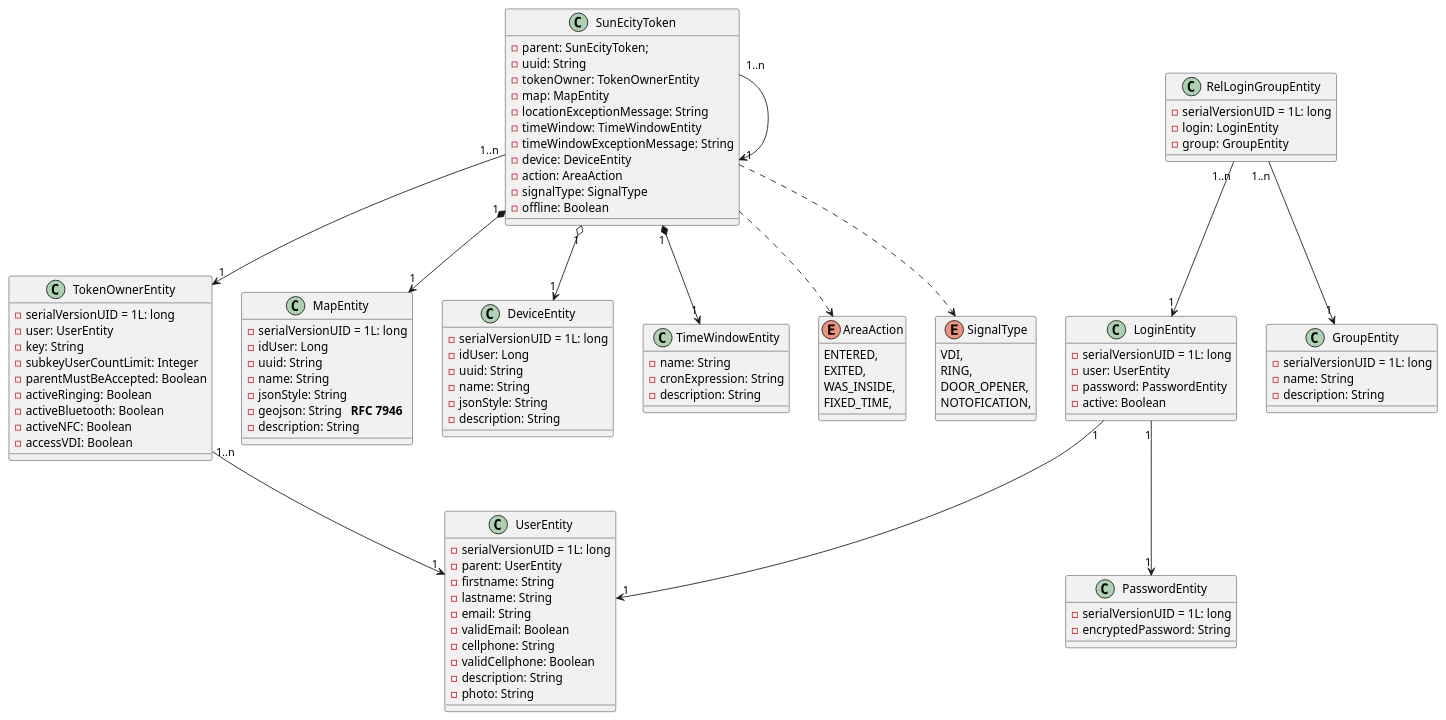
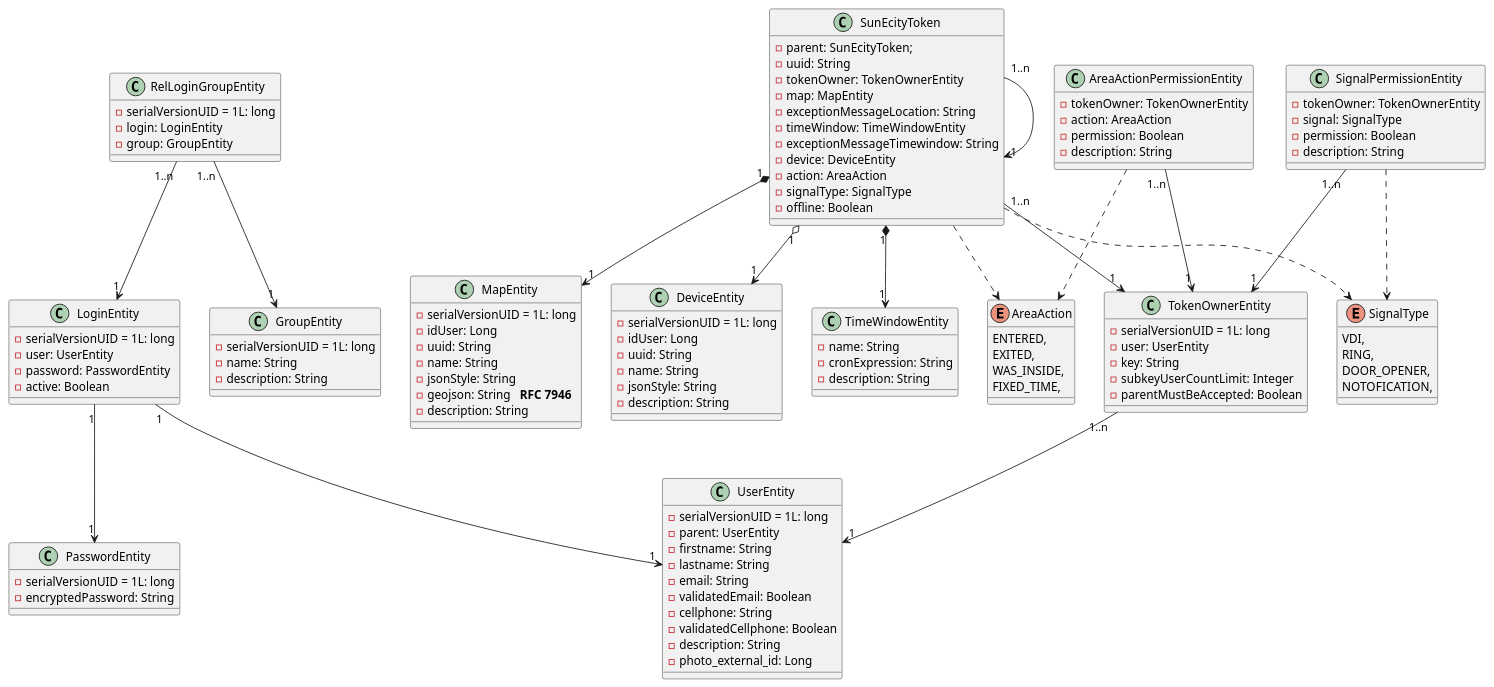
One commit to safakaveh/sunecity-rust-mvp changed the diagram in docs/class-diagram.puml. Above: the diagram before and after it, drawn with PlantUML. The commit also changed 24 other files, not shown here.

```diff
--- a/docs/class-diagram.puml
+++ b/docs/class-diagram.puml
@@ -1,117 +1,131 @@
 @startuml
 class LoginEntity {
     -serialVersionUID = 1L: long
     -user: UserEntity
     -password: PasswordEntity
     -active: Boolean  
 }
 
 class RelLoginGroupEntity {
     -serialVersionUID = 1L: long
     -login: LoginEntity
     -group: GroupEntity
 }
 
 class GroupEntity {
     -serialVersionUID = 1L: long
     -name: String
     -description: String
 }
 
 class PasswordEntity {
     -serialVersionUID = 1L: long
     -encryptedPassword: String
-}
+} 
 
 class UserEntity {
     -serialVersionUID = 1L: long
     -parent: UserEntity
     -firstname: String
     -lastname: String
     -email: String
-    -validEmail: Boolean
+    -validatedEmail: Boolean
     -cellphone: String
-    -validCellphone: Boolean
+    -validatedCellphone: Boolean
     -description: String
-    -photo: String
+    -photo_external_id: Long
 }
 
 class TokenOwnerEntity {
     -serialVersionUID = 1L: long
     -user: UserEntity
     -key: String
     -subkeyUserCountLimit: Integer
     -parentMustBeAccepted: Boolean
-    -activeRinging: Boolean
-    -activeBluetooth: Boolean
-    -activeNFC: Boolean
-    -accessVDI: Boolean
 }
 
 class SunEcityToken {
     -parent: SunEcityToken;
     -uuid: String
     -tokenOwner: TokenOwnerEntity
     -map: MapEntity
-    -locationExceptionMessage: String
+    -exceptionMessageLocation: String
     -timeWindow: TimeWindowEntity 
-    -timeWindowExceptionMessage: String
+    -exceptionMessageTimewindow: String
     -device: DeviceEntity
     -action: AreaAction
     -signalType: SignalType
     -offline: Boolean
 }
-
+ 
 class MapEntity {
     -serialVersionUID = 1L: long
     -idUser: Long
     -uuid: String
     -name: String
     -jsonStyle: String
     -geojson: String  ** RFC 7946 **
     -description: String
 }
 
 class DeviceEntity {
     -serialVersionUID = 1L: long
     -idUser: Long
     -uuid: String
     -name: String
     -jsonStyle: String
     -description: String
 }
 
 class TimeWindowEntity {
     -name: String
 	-cronExpression: String
+    -description: String
+}
+
+class SignalPermissionEntity {
+    -tokenOwner: TokenOwnerEntity
+    -signal: SignalType
+	-permission: Boolean
+    -description: String
+}
+
+class AreaActionPermissionEntity {
+    -tokenOwner: TokenOwnerEntity
+    -action: AreaAction
+	-permission: Boolean
     -description: String
 }
 
 enum AreaAction{
     ENTERED,
     EXITED,
     WAS_INSIDE,
     FIXED_TIME,
 }
 
 
 enum SignalType{
     VDI,
     RING,
     DOOR_OPENER,
     NOTOFICATION,
 }
 
 RelLoginGroupEntity "1..n" --> "1" GroupEntity
 RelLoginGroupEntity "1..n" --> "1" LoginEntity
 LoginEntity "1" --> "1" UserEntity
 LoginEntity "1" --> "1" PasswordEntity
 TokenOwnerEntity "1..n" --> "1" UserEntity
 SunEcityToken "1" *--> "1" MapEntity
 SunEcityToken "1" o--> "1" DeviceEntity
 SunEcityToken "1..n" --> "1" SunEcityToken
 SunEcityToken "1..n" --> "1" TokenOwnerEntity
+SignalPermissionEntity "1..n" --> "1" TokenOwnerEntity
+AreaActionPermissionEntity "1..n" --> "1" TokenOwnerEntity
 SunEcityToken "1" *--> "1" TimeWindowEntity
 SunEcityToken .-> AreaAction
 SunEcityToken .-> SignalType
+SignalPermissionEntity .-> SignalType
+AreaActionPermissionEntity .-> AreaAction
 @enduml
```
